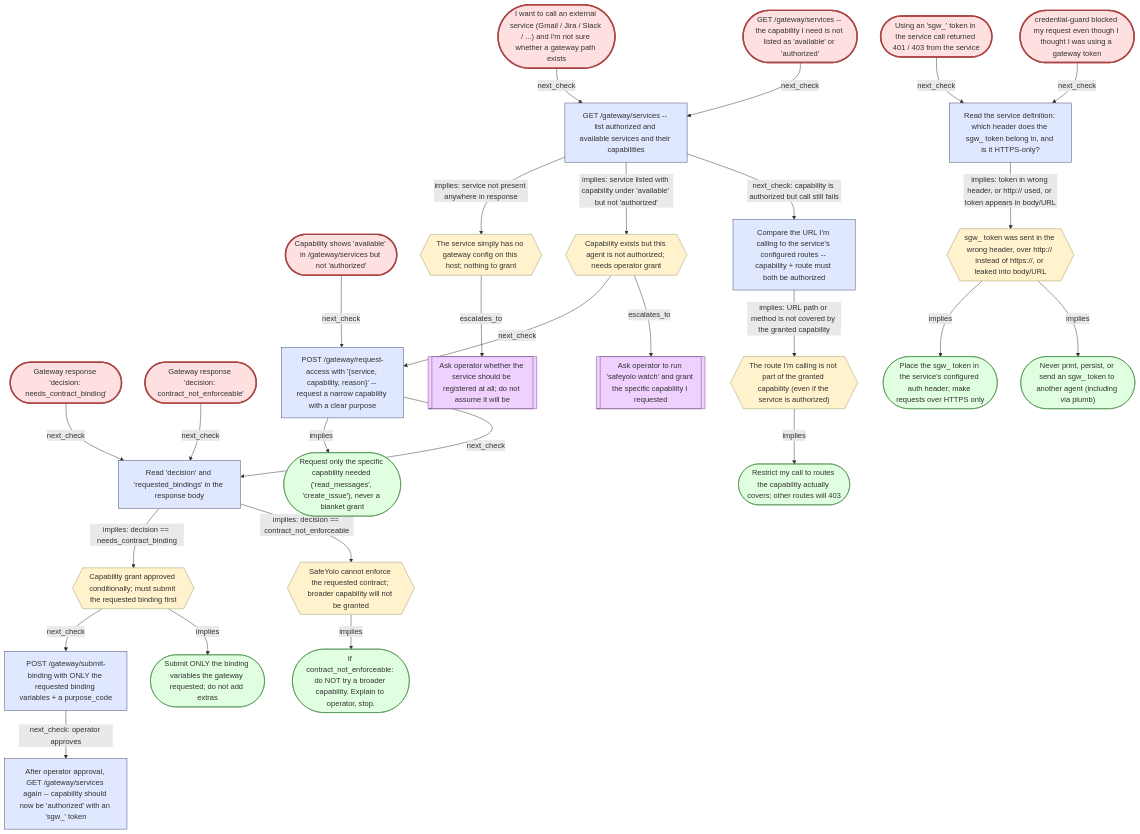
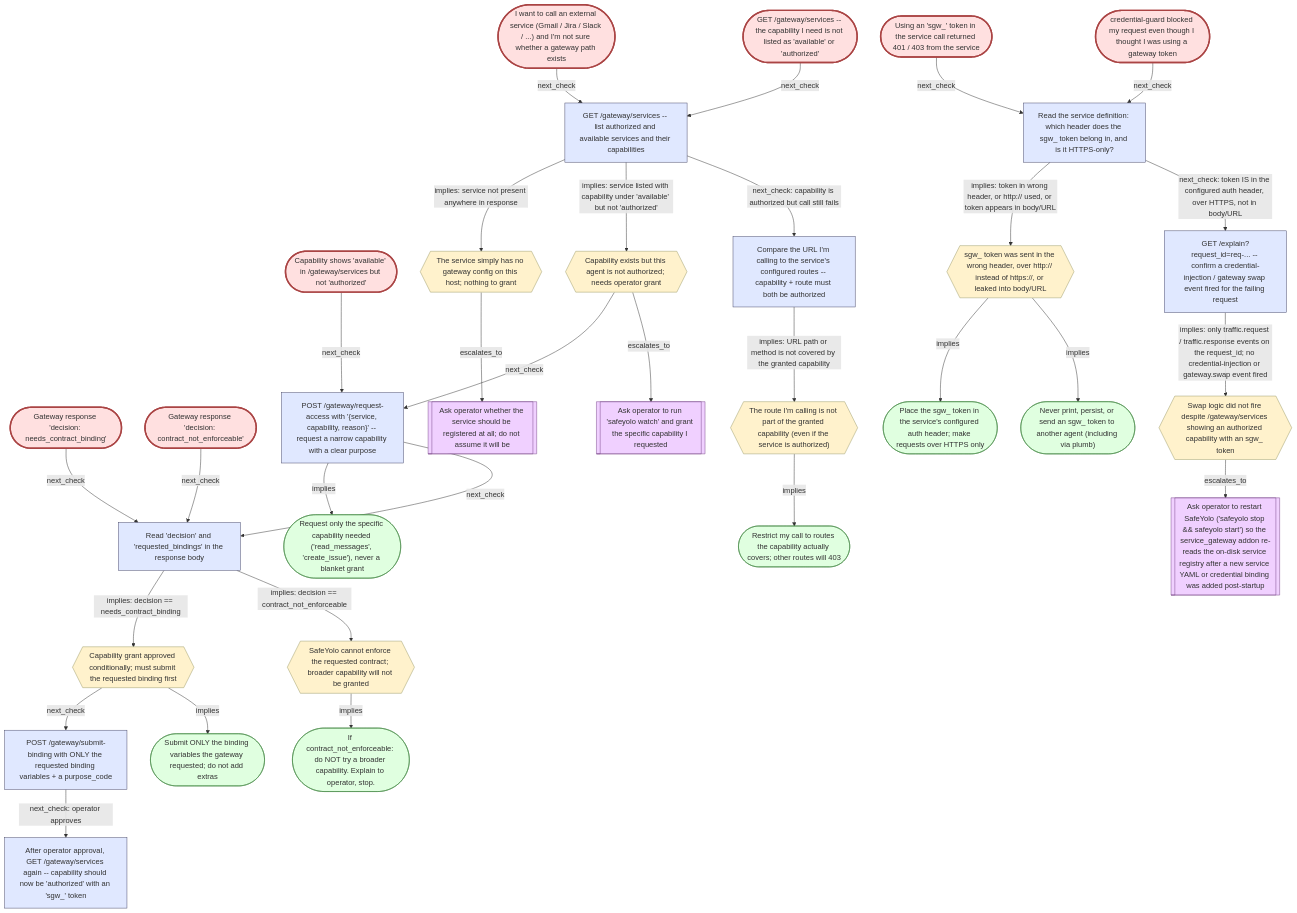
The diagram in cli/src/safeyolo/agent_context/skills/safeyolo/references/graph/triage-service-gateway.mmd (craigbalding/safeyolo), drawn with Mermaid before and after one commit. The commit also changed 1 other file, not shown here.

```diff
--- a/cli/src/safeyolo/agent_context/skills/safeyolo/references/graph/triage-service-gateway.mmd
+++ b/cli/src/safeyolo/agent_context/skills/safeyolo/references/graph/triage-service-gateway.mmd
@@ -1,102 +1,111 @@
 flowchart TD
     %% Auto-generated by scripts/render_skill_graph.py -- do not edit.
 
     classDef symptom fill:#ffe0e0,stroke:#a44
     classDef evidence fill:#e0e8ff,stroke:#446
     classDef classification fill:#fff2cc,stroke:#996
     classDef conclusion fill:#e0ffe0,stroke:#484
     classDef operator_ask fill:#f0d0ff,stroke:#748
 
     sym.gateway_want_to_call_service(["I want to call an external service (Gmail / Jira / Slack / ...) and I'm not sure whether a gateway path exists"])
     sym.gateway_no_capability_listed(["GET /gateway/services -- the capability I need is not listed as 'available' or 'authorized'"])
     sym.gateway_available_not_authorized(["Capability shows 'available' in /gateway/services but not 'authorized'"])
     sym.gateway_needs_contract_binding(["Gateway response 'decision: needs_contract_binding'"])
     sym.gateway_contract_not_enforceable(["Gateway response 'decision: contract_not_enforceable'"])
     sym.gateway_sgw_token_rejected(["Using an 'sgw_' token in the service call returned 401 / 403 from the service"])
     sym.gateway_credential_leak_attempt(["credential-guard blocked my request even though I thought I was using a gateway token"])
     ev.gateway_list_services["GET /gateway/services -- list authorized and available services and their capabilities"]
     ev.gateway_request_access["POST /gateway/request-access with '{service, capability, reason}' -- request a narrow capability with a clear purpose"]
     ev.gateway_read_decision["Read 'decision' and 'requested_bindings' in the response body"]
     ev.gateway_submit_binding["POST /gateway/submit-binding with ONLY the requested binding variables + a purpose_code"]
     ev.gateway_recheck_after_approval["After operator approval, GET /gateway/services again -- capability should now be 'authorized' with an 'sgw_' token"]
     ev.gateway_check_auth_header_name["Read the service definition: which header does the sgw_ token belong in, and is it HTTPS-only?"]
     ev.gateway_check_route["Compare the URL I'm calling to the service's configured routes -- capability + route must both be authorized"]
+    ev.gateway_check_injection_event["GET /explain?request_id=req-... -- confirm a credential-injection / gateway swap event fired for the failing request"]
     cls.gateway_service_not_registered{{"The service simply has no gateway config on this host; nothing to grant"}}
     cls.gateway_needs_grant{{"Capability exists but this agent is not authorized; needs operator grant"}}
     cls.gateway_needs_binding_submit{{"Capability grant approved conditionally; must submit the requested binding first"}}
     cls.gateway_impossible{{"SafeYolo cannot enforce the requested contract; broader capability will not be granted"}}
     cls.gateway_wrong_route{{"The route I'm calling is not part of the granted capability (even if the service is authorized)"}}
     cls.gateway_token_in_wrong_place{{"sgw_ token was sent in the wrong header, over http:// instead of https://, or leaked into body/URL"}}
+    cls.gateway_swap_not_running{{"Swap logic did not fire despite /gateway/services showing an authorized capability with an sgw_ token"}}
     con.gateway_request_narrow_capability(["Request only the specific capability needed ('read_messages', 'create_issue'), never a blanket grant"])
     con.gateway_submit_only_requested_bindings(["Submit ONLY the binding variables the gateway requested; do not add extras"])
     con.gateway_do_not_broaden(["If contract_not_enforceable: do NOT try a broader capability. Explain to operator, stop."])
     con.gateway_use_configured_header(["Place the sgw_ token in the service's configured auth header; make requests over HTTPS only"])
     con.gateway_never_share_token(["Never print, persist, or send an sgw_ token to another agent (including via plumb)"])
     con.gateway_correct_route(["Restrict my call to routes the capability actually covers; other routes will 403"])
     ask.gateway_register_service[["Ask operator whether the service should be registered at all; do not assume it will be"]]
     ask.gateway_watch_grant[["Ask operator to run 'safeyolo watch' and grant the specific capability I requested"]]
+    ask.gateway_restart_after_yaml_change[["Ask operator to restart SafeYolo ('safeyolo stop && safeyolo start') so the service_gateway addon re-reads the on-disk service registry after a new service YAML or credential binding was added post-startup"]]
 
     sym.gateway_want_to_call_service -->|"next_check"| ev.gateway_list_services
     sym.gateway_no_capability_listed -->|"next_check"| ev.gateway_list_services
     sym.gateway_available_not_authorized -->|"next_check"| ev.gateway_request_access
     sym.gateway_needs_contract_binding -->|"next_check"| ev.gateway_read_decision
     sym.gateway_contract_not_enforceable -->|"next_check"| ev.gateway_read_decision
     sym.gateway_sgw_token_rejected -->|"next_check"| ev.gateway_check_auth_header_name
     sym.gateway_credential_leak_attempt -->|"next_check"| ev.gateway_check_auth_header_name
     ev.gateway_list_services -->|"implies: service not present anywhere in response"| cls.gateway_service_not_registered
     ev.gateway_list_services -->|"implies: service listed with capability under 'available' but not 'authorized'"| cls.gateway_needs_grant
     ev.gateway_list_services -->|"next_check: capability is authorized but call still fails"| ev.gateway_check_route
     cls.gateway_service_not_registered -->|"escalates_to"| ask.gateway_register_service
     cls.gateway_needs_grant -->|"next_check"| ev.gateway_request_access
     ev.gateway_request_access -->|"implies"| con.gateway_request_narrow_capability
     ev.gateway_request_access -->|"next_check"| ev.gateway_read_decision
     cls.gateway_needs_grant -->|"escalates_to"| ask.gateway_watch_grant
     ev.gateway_read_decision -->|"implies: decision == needs_contract_binding"| cls.gateway_needs_binding_submit
     ev.gateway_read_decision -->|"implies: decision == contract_not_enforceable"| cls.gateway_impossible
     cls.gateway_needs_binding_submit -->|"next_check"| ev.gateway_submit_binding
     cls.gateway_needs_binding_submit -->|"implies"| con.gateway_submit_only_requested_bindings
     ev.gateway_submit_binding -->|"next_check: operator approves"| ev.gateway_recheck_after_approval
     cls.gateway_impossible -->|"implies"| con.gateway_do_not_broaden
     ev.gateway_check_auth_header_name -->|"implies: token in wrong header, or http:// used, or token appears in body/URL"| cls.gateway_token_in_wrong_place
     cls.gateway_token_in_wrong_place -->|"implies"| con.gateway_use_configured_header
     cls.gateway_token_in_wrong_place -->|"implies"| con.gateway_never_share_token
+    ev.gateway_check_auth_header_name -->|"next_check: token IS in the configured auth header, over HTTPS, not in body/URL"| ev.gateway_check_injection_event
+    ev.gateway_check_injection_event -->|"implies: only traffic.request / traffic.response events on the request_id; no credential-injection or gateway.swap event fired"| cls.gateway_swap_not_running
+    cls.gateway_swap_not_running -->|"escalates_to"| ask.gateway_restart_after_yaml_change
     ev.gateway_check_route -->|"implies: URL path or method is not covered by the granted capability"| cls.gateway_wrong_route
     cls.gateway_wrong_route -->|"implies"| con.gateway_correct_route
 
     class sym.gateway_want_to_call_service symptom
     class sym.gateway_no_capability_listed symptom
     class sym.gateway_available_not_authorized symptom
     class sym.gateway_needs_contract_binding symptom
     class sym.gateway_contract_not_enforceable symptom
     class sym.gateway_sgw_token_rejected symptom
     class sym.gateway_credential_leak_attempt symptom
     class ev.gateway_list_services evidence
     class ev.gateway_request_access evidence
     class ev.gateway_read_decision evidence
     class ev.gateway_submit_binding evidence
     class ev.gateway_recheck_after_approval evidence
     class ev.gateway_check_auth_header_name evidence
     class ev.gateway_check_route evidence
+    class ev.gateway_check_injection_event evidence
     class cls.gateway_service_not_registered classification
     class cls.gateway_needs_grant classification
     class cls.gateway_needs_binding_submit classification
     class cls.gateway_impossible classification
     class cls.gateway_wrong_route classification
     class cls.gateway_token_in_wrong_place classification
+    class cls.gateway_swap_not_running classification
     class con.gateway_request_narrow_capability conclusion
     class con.gateway_submit_only_requested_bindings conclusion
     class con.gateway_do_not_broaden conclusion
     class con.gateway_use_configured_header conclusion
     class con.gateway_never_share_token conclusion
     class con.gateway_correct_route conclusion
     class ask.gateway_register_service operator_ask
     class ask.gateway_watch_grant operator_ask
+    class ask.gateway_restart_after_yaml_change operator_ask
 
     %% Entry symptoms (bind an observed symptom here)
     style sym.gateway_want_to_call_service stroke-width:3px
     style sym.gateway_no_capability_listed stroke-width:3px
     style sym.gateway_available_not_authorized stroke-width:3px
     style sym.gateway_needs_contract_binding stroke-width:3px
     style sym.gateway_contract_not_enforceable stroke-width:3px
     style sym.gateway_sgw_token_rejected stroke-width:3px
     style sym.gateway_credential_leak_attempt stroke-width:3px
```
